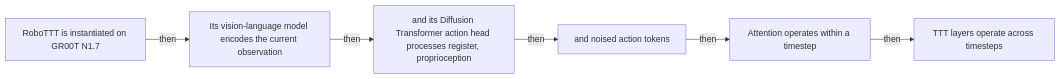
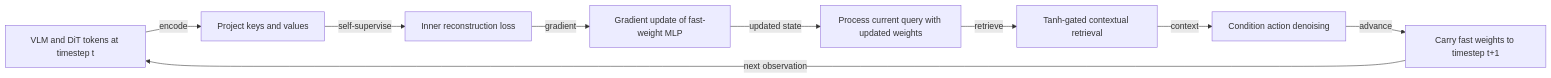
Diagram 13 of 48 in docs/visual-manifests/VISUAL_MANIFEST_ROBOTT.md (Betancourt1/paper_atlas), drawn with Mermaid before and after one commit. The commit also changed other lines of this file and 7 other files, not shown here.

````diff
--- a/docs/visual-manifests/VISUAL_MANIFEST_ROBOTT.md
+++ b/docs/visual-manifests/VISUAL_MANIFEST_ROBOTT.md
@@ -1013,14 +1042,19 @@
 ```mermaid
 flowchart LR
-  n1["RoboTTT is instantiated on GR00T N1.7"]
-  n2["Its vision-language model encodes the current observation"]
-  n3["and its Diffusion Transformer action head processes register, proprioception"]
-  n4["and noised action tokens"]
-  n5["Attention operates within a timestep"]
-  n6["TTT layers operate across timesteps"]
-  n1 -->|"then"| n2
-  n2 -->|"then"| n3
-  n3 -->|"then"| n4
-  n4 -->|"then"| n5
-  n5 -->|"then"| n6
+  inputs["VLM and DiT tokens at timestep t"]
+  kv["Project keys and values"]
+  loss["Inner reconstruction loss"]
+  update["Gradient update of fast-weight MLP"]
+  query["Process current query with updated weights"]
+  gate["Tanh-gated contextual retrieval"]
+  action["Condition action denoising"]
+  carry["Carry fast weights to timestep t+1"]
+  inputs -->|"encode"| kv
+  kv -->|"self-supervise"| loss
+  loss -->|"gradient"| update
+  update -->|"updated state"| query
+  query -->|"retrieve"| gate
+  gate -->|"context"| action
+  action -->|"advance"| carry
+  carry -->|"next observation"| inputs
 ```
````
